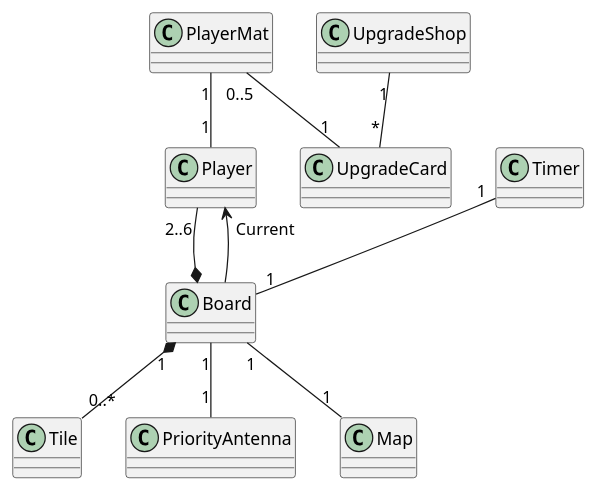
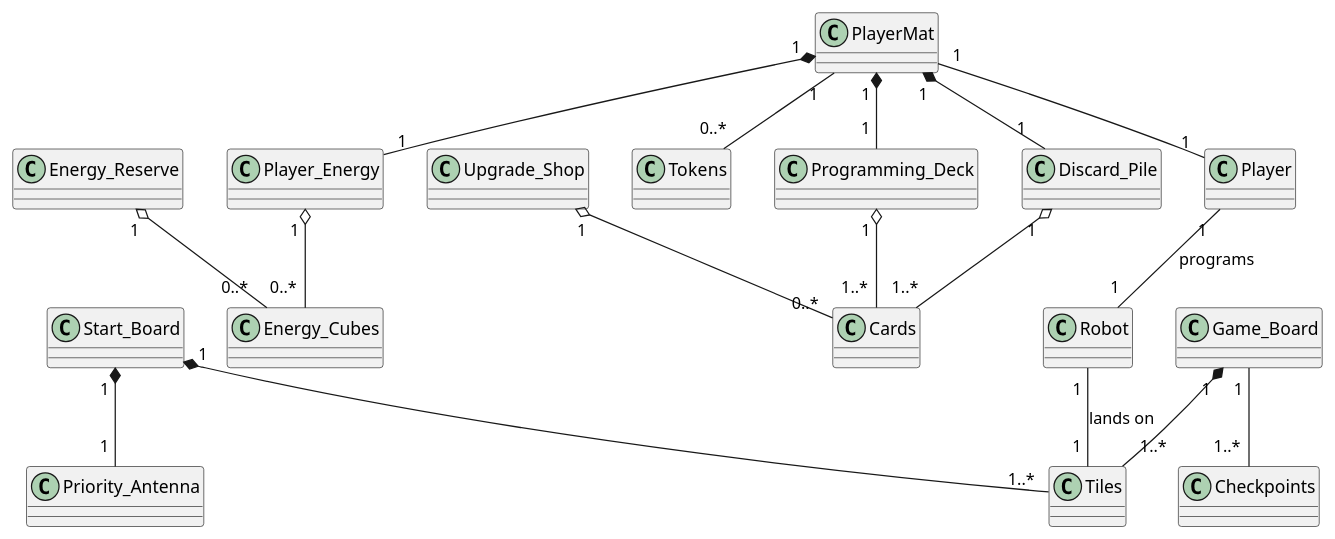
The diagram in diagrams/domain_diagram.wsd (BjarneBjarne/Gruppe15-RoboRally2024), drawn with PlantUML before and after one commit. The commit also changed 2 other files, not shown here.

Commit message:
moved Domaine_model.pu to domain_diagram.wsd

```diff
--- a/diagrams/domain_diagram.wsd
+++ b/diagrams/domain_diagram.wsd
@@ -1,13 +1,46 @@
-@startuml domain_diagram
+@startuml
 
-Board "1" *-- "0..*" Tile
-Board "1" -- "1" PriorityAntenna
-Player "2..6" --* Board
-Player "Current" <-- Board
-PlayerMat "1" -- "1" Player
-PlayerMat "0..5" -- "1" UpgradeCard
-UpgradeShop "1" -- "*" UpgradeCard
-Board "1" -- "1" Map
-Timer "1" -- "1" Board
+class Player
+class Robot
+class Start_Board
+class Game_Board
+class Energy_Reserve
+class Player_Energy
+class Upgrade_Shop
+class Cards
+class Programming_Deck
+class Tokens
+class Tiles
+class PlayerMat
+class Checkpoints
+class Energy_Cubes
+class Priority_Antenna
+class Discard_Pile
+
+'Player relations
+Player " 1 " -- " 1 " Robot: programs
+Player " 1 " -u- " 1 " PlayerMat
+
+'Player mat relations'
+PlayerMat " 1 " *-- " 1 " Programming_Deck
+PlayerMat " 1 " *-- " 1 " Player_Energy
+PlayerMat " 1 " *-- " 1 " Discard_Pile
+Programming_Deck " 1 " o-- " 1..* " Cards
+Player_Energy " 1 " o-- " 0..* " Energy_Cubes
+Discard_Pile " 1 " o-- " 1..* " Cards
+PlayerMat " 1 " -- " 0..* " Tokens 
+
+'Off board relations'
+Energy_Reserve " 1 " o-- " 0..* " Energy_Cubes
+Upgrade_Shop " 1 " o-- " 0..* " Cards
+
+'Board relations'
+Robot " 1 " -- " 1 " Tiles: lands on
+
+Game_Board " 1 " *-- " 1..* " Tiles
+Game_Board " 1 " -- " 1..* " Checkpoints 
+
+Start_Board " 1 " *-- " 1..* " Tiles
+Start_Board " 1 " *-- " 1 " Priority_Antenna
 
 @enduml
```
